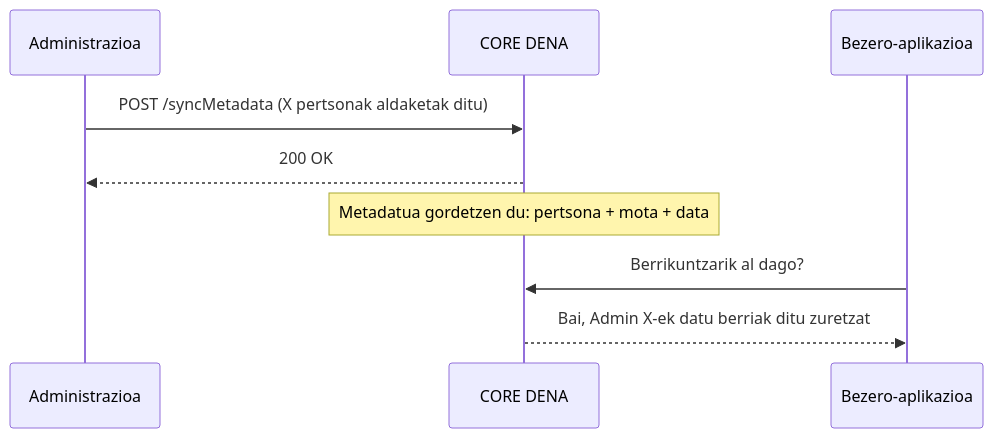
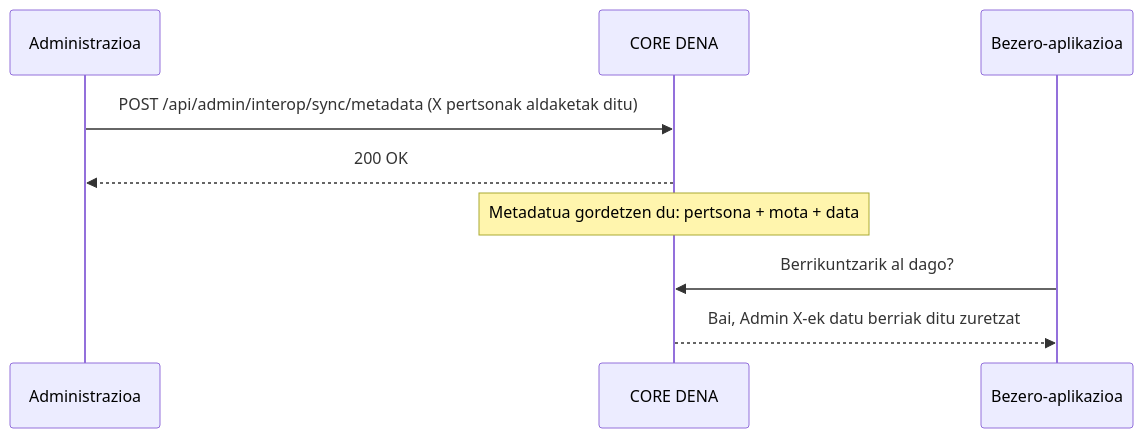
One commit to DENA-Euskadi/dena-euskadi.github.io changed the diagram in docs/semantica/metadata-sync/index.eu.md. Above: the diagram before and after it, drawn with Mermaid. The commit also changed 52 other files, not shown here.

````diff
--- a/docs/semantica/metadata-sync/index.eu.md
+++ b/docs/semantica/metadata-sync/index.eu.md
@@ -11,14 +11,14 @@
 ``` mermaid
 sequenceDiagram
     participant Admin as Administrazioa
     participant DENA as CORE DENA
     participant App as Bezero-aplikazioa
 
-    Admin->>DENA: POST /syncMetadata (X pertsonak aldaketak ditu)
+    Admin->>DENA: POST /api/admin/interop/sync/metadata (X pertsonak aldaketak ditu)
     DENA-->>Admin: 200 OK
 
     Note over DENA: Metadatua gordetzen du: pertsona + mota + data
 
     App->>DENA: Berrikuntzarik al dago?
     DENA-->>App: Bai, Admin X-ek datu berriak ditu zuretzat
 ```
````
